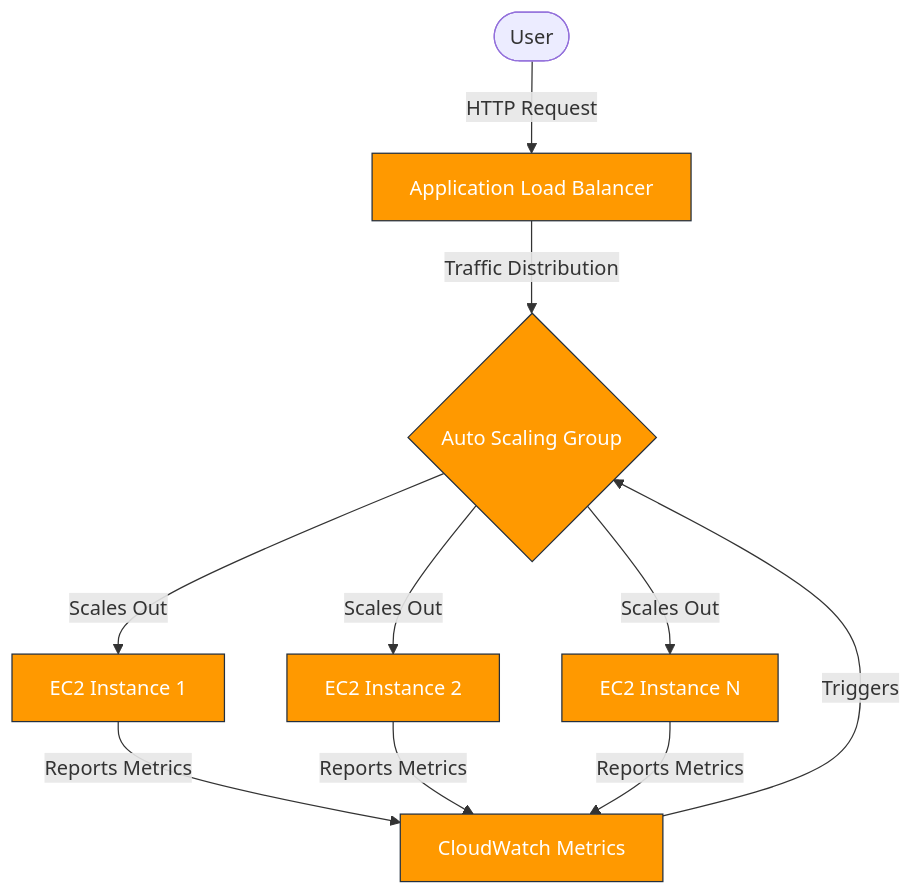
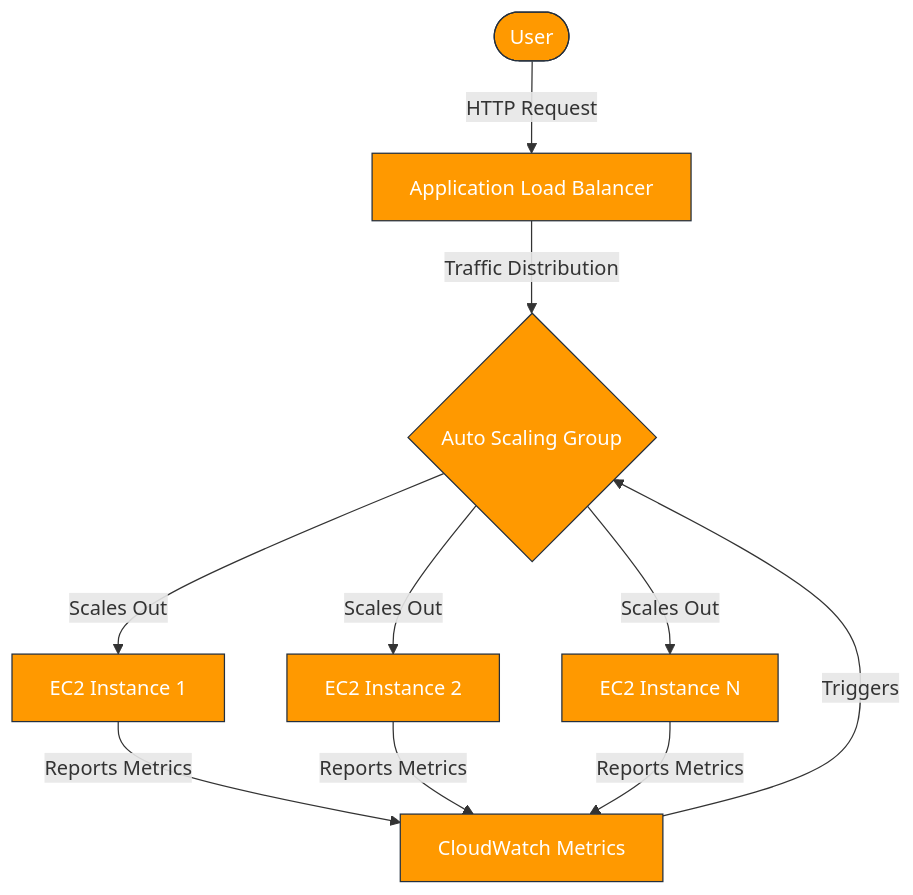
The first of 7 diagrams in _posts/2025-05-24-Mastering-IAAS-With-AWS.md (AbhigyaKrishna/AbhigyaKrishna.github.io), drawn with Mermaid before and after one commit. The commit also changed other lines of this file and 1 other file, not shown here.

Commit message:
feat: update mermaid

```diff
--- a/_posts/2025-05-24-Mastering-IAAS-With-AWS.md
+++ b/_posts/2025-05-24-Mastering-IAAS-With-AWS.md
@@ -68,15 +68,15 @@
 <pre class="mermaid">
 flowchart TD
     User([User]) -->|HTTP Request| ALB[Application Load Balancer]
     ALB -->|Traffic Distribution| ASG{Auto Scaling Group}
     ASG -->|Scales Out| EC2_1[EC2 Instance 1]
     ASG -->|Scales Out| EC2_2[EC2 Instance 2]
     ASG -->|Scales Out| EC2_N[EC2 Instance N]
     CloudWatch[CloudWatch Metrics] -->|Triggers| ASG
     EC2_1 -->|Reports Metrics| CloudWatch
     EC2_2 -->|Reports Metrics| CloudWatch
     EC2_N -->|Reports Metrics| CloudWatch
 
-    classDef aws fill:#FF9900,stroke:#232F3E,color:white;
-    class ALB,ASG,EC2_1,EC2_2,EC2_N,CloudWatch aws;
+    classDef aws fill:#FF9900,stroke:#232F3E,color:white
+    class User,ALB,ASG,EC2_1,EC2_2,EC2_N,CloudWatch aws
 </pre>
```
